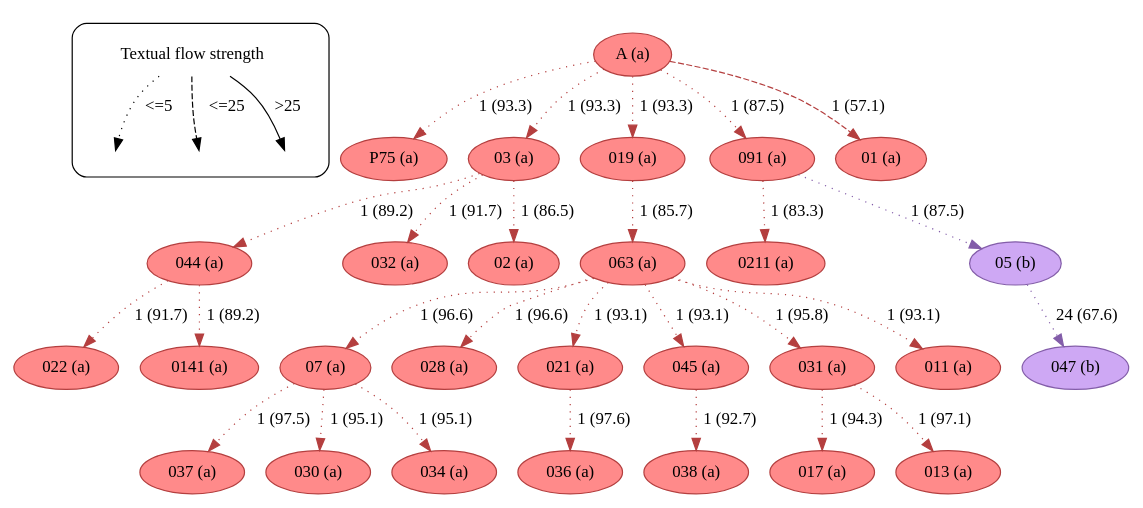
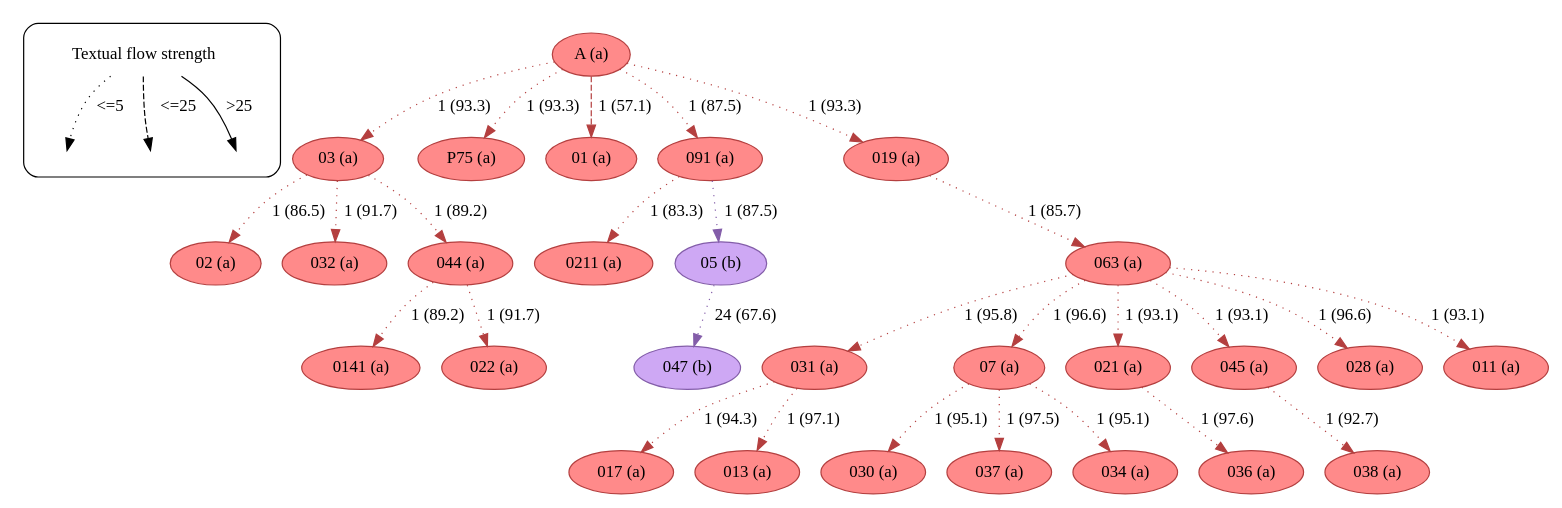
Before and after one commit to edmondac/CBGM: the diagram in example/c499/textual_flow_22_80_c499.dot, drawn with Graphviz. The commit also changed other lines of this file and 164 other files, not shown here.

```diff
--- a/example/c499/textual_flow_22_80_c499.dot
+++ b/example/c499/textual_flow_22_80_c499.dot
@@ -23,10 +23,38 @@
 		leg_s -> leg_e3		 [label=">25",
 			style=solid];
 	}
+	03	 [color="#b43f3f",
+		fillcolor="#FF8A8A",
+		label="03 (a)",
+		style=filled];
+	02	 [color="#b43f3f",
+		fillcolor="#FF8A8A",
+		label="02 (a)",
+		style=filled];
+	03 -> 02	 [color="#b43f3f",
+		label="1 (86.5)",
+		style=dotted];
+	032	 [color="#b43f3f",
+		fillcolor="#FF8A8A",
+		label="032 (a)",
+		style=filled];
+	03 -> 032	 [color="#b43f3f",
+		label="1 (91.7)",
+		style=dotted];
+	044	 [color="#b43f3f",
+		fillcolor="#FF8A8A",
+		label="044 (a)",
+		style=filled];
+	03 -> 044	 [color="#b43f3f",
+		label="1 (89.2)",
+		style=dotted];
 	A	 [color="#b43f3f",
 		fillcolor="#FF8A8A",
 		label="A (a)",
 		style=filled];
+	A -> 03	 [color="#b43f3f",
+		label="1 (93.3)",
+		style=dotted];
 	P75	 [color="#b43f3f",
 		fillcolor="#FF8A8A",
 		label="P75 (a)",
@@ -34,12 +62,19 @@
 	A -> P75	 [color="#b43f3f",
 		label="1 (93.3)",
 		style=dotted];
-	03	 [color="#b43f3f",
+	01	 [color="#b43f3f",
 		fillcolor="#FF8A8A",
-		label="03 (a)",
+		label="01 (a)",
 		style=filled];
-	A -> 03	 [color="#b43f3f",
-		label="1 (93.3)",
+	A -> 01	 [color="#b43f3f",
+		label="1 (57.1)",
+		style=dashed];
+	091	 [color="#b43f3f",
+		fillcolor="#FF8A8A",
+		label="091 (a)",
+		style=filled];
+	A -> 091	 [color="#b43f3f",
+		label="1 (87.5)",
 		style=dotted];
 	019	 [color="#b43f3f",
 		fillcolor="#FF8A8A",
@@ -48,36 +83,36 @@
 	A -> 019	 [color="#b43f3f",
 		label="1 (93.3)",
 		style=dotted];
-	091	 [color="#b43f3f",
+	0211	 [color="#b43f3f",
 		fillcolor="#FF8A8A",
-		label="091 (a)",
+		label="0211 (a)",
 		style=filled];
-	A -> 091	 [color="#b43f3f",
+	091 -> 0211	 [color="#b43f3f",
+		label="1 (83.3)",
+		style=dotted];
+	05	 [color="#835da9",
+		fillcolor="#CEA8F4",
+		label="05 (b)",
+		style=filled];
+	091 -> 05	 [color="#835da9",
 		label="1 (87.5)",
 		style=dotted];
-	01	 [color="#b43f3f",
-		fillcolor="#FF8A8A",
-		label="01 (a)",
-		style=filled];
-	A -> 01	 [color="#b43f3f",
-		label="1 (57.1)",
-		style=dashed];
 	063	 [color="#b43f3f",
 		fillcolor="#FF8A8A",
 		label="063 (a)",
 		style=filled];
+	031	 [color="#b43f3f",
+		fillcolor="#FF8A8A",
+		label="031 (a)",
+		style=filled];
+	063 -> 031	 [color="#b43f3f",
+		label="1 (95.8)",
+		style=dotted];
 	07	 [color="#b43f3f",
 		fillcolor="#FF8A8A",
 		label="07 (a)",
 		style=filled];
 	063 -> 07	 [color="#b43f3f",
-		label="1 (96.6)",
-		style=dotted];
-	028	 [color="#b43f3f",
-		fillcolor="#FF8A8A",
-		label="028 (a)",
-		style=filled];
-	063 -> 028	 [color="#b43f3f",
 		label="1 (96.6)",
 		style=dotted];
 	021	 [color="#b43f3f",
@@ -94,12 +129,12 @@
 	063 -> 045	 [color="#b43f3f",
 		label="1 (93.1)",
 		style=dotted];
-	031	 [color="#b43f3f",
+	028	 [color="#b43f3f",
 		fillcolor="#FF8A8A",
-		label="031 (a)",
+		label="028 (a)",
 		style=filled];
-	063 -> 031	 [color="#b43f3f",
-		label="1 (95.8)",
+	063 -> 028	 [color="#b43f3f",
+		label="1 (96.6)",
 		style=dotted];
 	011	 [color="#b43f3f",
 		fillcolor="#FF8A8A",
@@ -108,12 +143,19 @@
 	063 -> 011	 [color="#b43f3f",
 		label="1 (93.1)",
 		style=dotted];
-	037	 [color="#b43f3f",
+	017	 [color="#b43f3f",
 		fillcolor="#FF8A8A",
-		label="037 (a)",
+		label="017 (a)",
 		style=filled];
-	07 -> 037	 [color="#b43f3f",
-		label="1 (97.5)",
+	031 -> 017	 [color="#b43f3f",
+		label="1 (94.3)",
+		style=dotted];
+	013	 [color="#b43f3f",
+		fillcolor="#FF8A8A",
+		label="013 (a)",
+		style=filled];
+	031 -> 013	 [color="#b43f3f",
+		label="1 (97.1)",
 		style=dotted];
 	030	 [color="#b43f3f",
 		fillcolor="#FF8A8A",
@@ -121,6 +163,13 @@
 		style=filled];
 	07 -> 030	 [color="#b43f3f",
 		label="1 (95.1)",
+		style=dotted];
+	037	 [color="#b43f3f",
+		fillcolor="#FF8A8A",
+		label="037 (a)",
+		style=filled];
+	07 -> 037	 [color="#b43f3f",
+		label="1 (97.5)",
 		style=dotted];
 	034	 [color="#b43f3f",
 		fillcolor="#FF8A8A",
@@ -136,41 +185,6 @@
 	021 -> 036	 [color="#b43f3f",
 		label="1 (97.6)",
 		style=dotted];
-	044	 [color="#b43f3f",
-		fillcolor="#FF8A8A",
-		label="044 (a)",
-		style=filled];
-	03 -> 044	 [color="#b43f3f",
-		label="1 (89.2)",
-		style=dotted];
-	032	 [color="#b43f3f",
-		fillcolor="#FF8A8A",
-		label="032 (a)",
-		style=filled];
-	03 -> 032	 [color="#b43f3f",
-		label="1 (91.7)",
-		style=dotted];
-	02	 [color="#b43f3f",
-		fillcolor="#FF8A8A",
-		label="02 (a)",
-		style=filled];
-	03 -> 02	 [color="#b43f3f",
-		label="1 (86.5)",
-		style=dotted];
-	022	 [color="#b43f3f",
-		fillcolor="#FF8A8A",
-		label="022 (a)",
-		style=filled];
-	044 -> 022	 [color="#b43f3f",
-		label="1 (91.7)",
-		style=dotted];
-	0141	 [color="#b43f3f",
-		fillcolor="#FF8A8A",
-		label="0141 (a)",
-		style=filled];
-	044 -> 0141	 [color="#b43f3f",
-		label="1 (89.2)",
-		style=dotted];
 	019 -> 063	 [color="#b43f3f",
 		label="1 (85.7)",
 		style=dotted];
@@ -181,33 +195,19 @@
 	045 -> 038	 [color="#b43f3f",
 		label="1 (92.7)",
 		style=dotted];
-	017	 [color="#b43f3f",
+	0141	 [color="#b43f3f",
 		fillcolor="#FF8A8A",
-		label="017 (a)",
+		label="0141 (a)",
 		style=filled];
-	031 -> 017	 [color="#b43f3f",
-		label="1 (94.3)",
+	044 -> 0141	 [color="#b43f3f",
+		label="1 (89.2)",
 		style=dotted];
-	013	 [color="#b43f3f",
+	022	 [color="#b43f3f",
 		fillcolor="#FF8A8A",
-		label="013 (a)",
+		label="022 (a)",
 		style=filled];
-	031 -> 013	 [color="#b43f3f",
-		label="1 (97.1)",
-		style=dotted];
-	0211	 [color="#b43f3f",
-		fillcolor="#FF8A8A",
-		label="0211 (a)",
-		style=filled];
-	091 -> 0211	 [color="#b43f3f",
-		label="1 (83.3)",
-		style=dotted];
-	05	 [color="#835da9",
-		fillcolor="#CEA8F4",
-		label="05 (b)",
-		style=filled];
-	091 -> 05	 [color="#835da9",
-		label="1 (87.5)",
+	044 -> 022	 [color="#b43f3f",
+		label="1 (91.7)",
 		style=dotted];
 	047	 [color="#835da9",
 		fillcolor="#CEA8F4",
```
